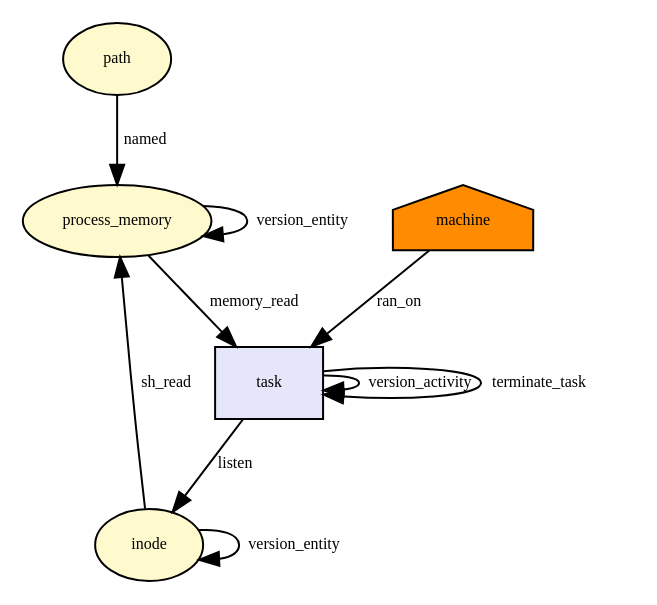
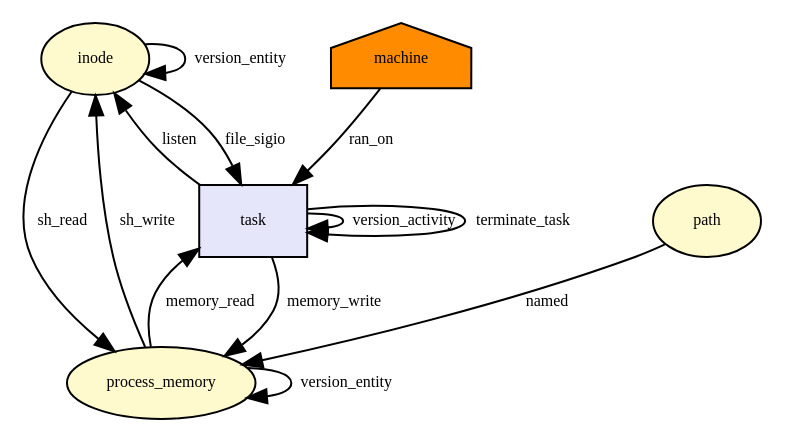
The diagram in docs/dot/__x64_sys_listen.dot (CamFlow/camflow-dev), drawn with Graphviz before and after one commit. The commit also changed 120 other files, not shown here.

```diff
--- a/docs/dot/__x64_sys_listen.dot
+++ b/docs/dot/__x64_sys_listen.dot
@@ -1,29 +1,35 @@
-digraph RGL__DirectedAdjacencyGraph {path[fontsize = 8,label = path,shape = ellipse, fillcolor="#fffacd", style = filled]
+digraph RGL__DirectedAdjacencyGraph {inode[fontsize = 8,label = inode,shape = ellipse, fillcolor="#fffacd", style = filled]
+
+task[fontsize = 8,label = task,shape = rectangle, fillcolor="#e6e6fa", style = filled]
+
+inode -> task[fontsize = 8,label = file_sigio]
 
 process_memory[fontsize = 8,label = process_memory,shape = ellipse, fillcolor="#fffacd", style = filled]
+
+task -> process_memory[fontsize = 8,label = memory_write]
+
+task -> task[fontsize = 8,label = version_activity]
+
+process_memory -> process_memory[fontsize = 8,label = version_entity]
+
+process_memory -> inode[fontsize = 8,label = sh_write]
+
+inode -> inode[fontsize = 8,label = version_entity]
+
+path[fontsize = 8,label = path,shape = ellipse, fillcolor="#fffacd", style = filled]
 
 path -> process_memory[fontsize = 8,label = named]
 
 machine[fontsize = 8,label = machine,shape = house, fillcolor="#ff8c00", style = filled]
 
-task[fontsize = 8,label = task,shape = rectangle, fillcolor="#e6e6fa", style = filled]
-
 machine -> task[fontsize = 8,label = ran_on]
 
 process_memory -> task[fontsize = 8,label = memory_read]
 
-inode[fontsize = 8,label = inode,shape = ellipse, fillcolor="#fffacd", style = filled]
-
 task -> inode[fontsize = 8,label = listen]
 
-task -> task[fontsize = 8,label = version_activity]
-
-inode -> inode[fontsize = 8,label = version_entity]
-
 inode -> process_memory[fontsize = 8,label = sh_read]
-
-process_memory -> process_memory[fontsize = 8,label = version_entity]
 
 task -> task[fontsize = 8,label = terminate_task]
 
 }
```
